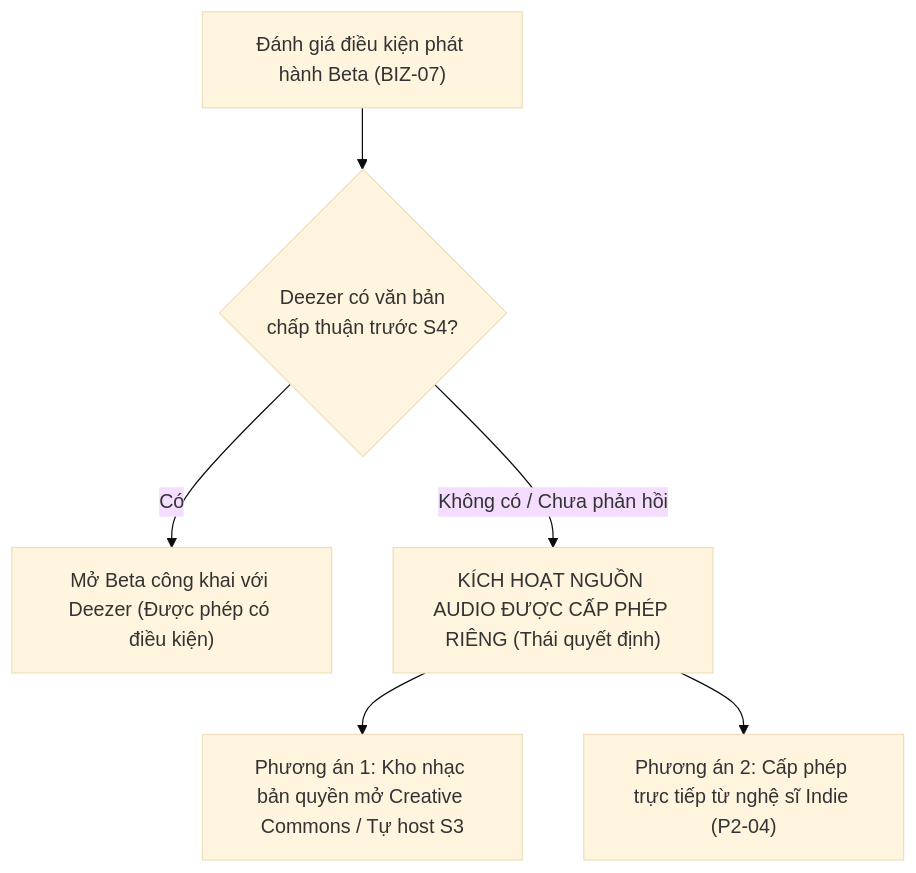
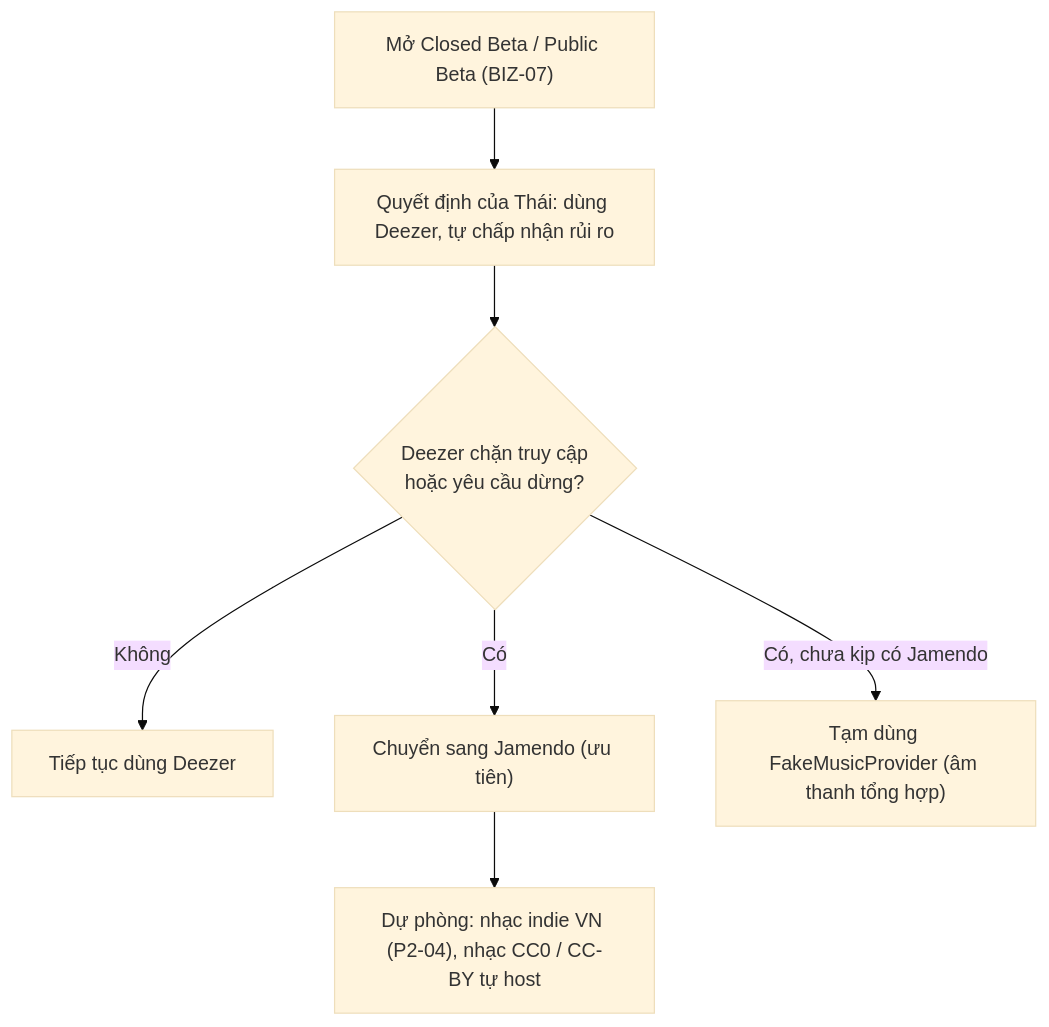
One commit to ThaiDevv/meloo changed the diagram in docs/legal/music-preview-licensing.md. Above: the diagram before and after it, drawn with Mermaid (base theme). The commit also changed other lines of this file and 2 other files, not shown here.

Commit message:
MEL-120 docs(legal): ghi nhận phản hồi của Deezer và quyết định dùng Deezer (#42)

````diff
--- a/docs/legal/music-preview-licensing.md
+++ b/docs/legal/music-preview-licensing.md
@@ -184,8 +276,9 @@
 ```mermaid
 flowchart TD
-    A["Đánh giá điều kiện phát hành Beta (BIZ-07)"] --> B{"Deezer có văn bản<br/>chấp thuận trước S4?"}
-    B -- "Có" --> C["Mở Beta công khai với Deezer (Được phép có điều kiện)"]
-    B -- "Không có / Chưa phản hồi" --> D["KÍCH HOẠT NGUỒN AUDIO ĐƯỢC CẤP PHÉP RIÊNG (Thái quyết định)"]
-    D --> E["Phương án 1: Kho nhạc bản quyền mở Creative Commons / Tự host S3"]
-    D --> F["Phương án 2: Cấp phép trực tiếp từ nghệ sĩ Indie (P2-04)"]
+    A["Mở Closed Beta / Public Beta (BIZ-07)"] --> B["Quyết định của Thái: dùng Deezer, tự chấp nhận rủi ro"]
+    B --> C{"Deezer chặn truy cập<br/>hoặc yêu cầu dừng?"}
+    C -- "Không" --> D["Tiếp tục dùng Deezer"]
+    C -- "Có" --> E["Chuyển sang Jamendo (ưu tiên)"]
+    E --> F["Dự phòng: nhạc indie VN (P2-04), nhạc CC0 / CC-BY tự host"]
+    C -- "Có, chưa kịp có Jamendo" --> G["Tạm dùng FakeMusicProvider (âm thanh tổng hợp)"]
 ```
````
